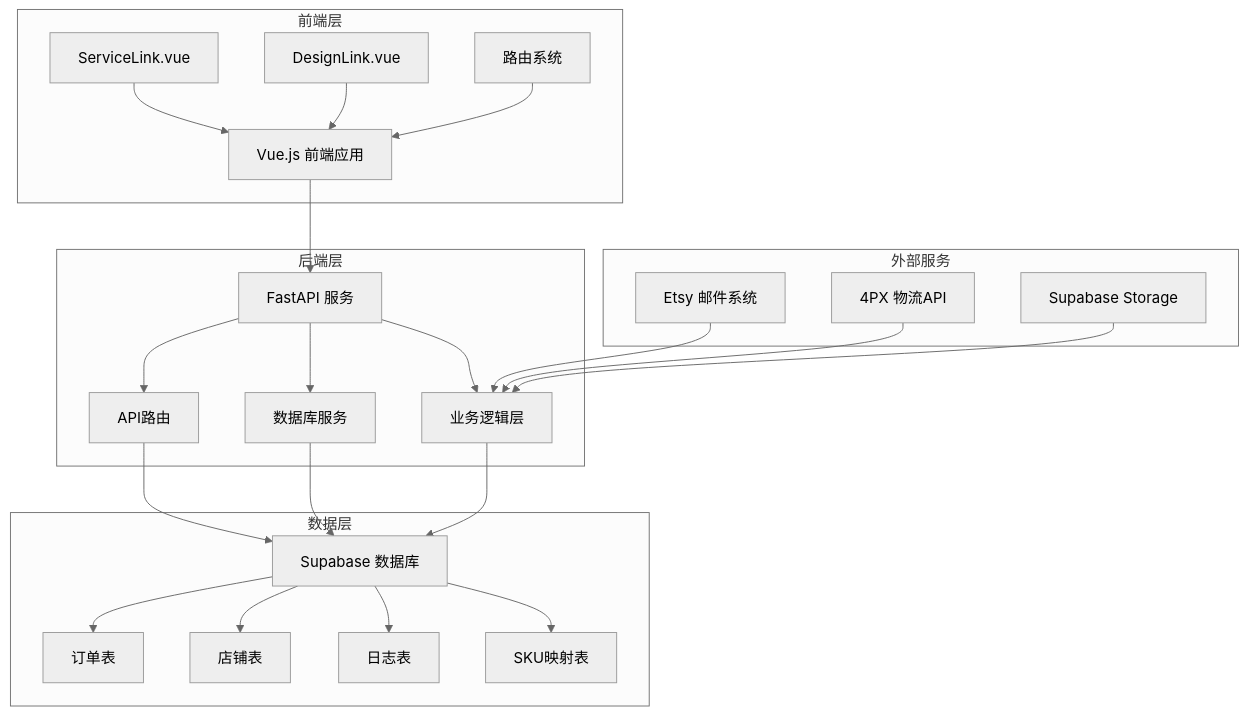
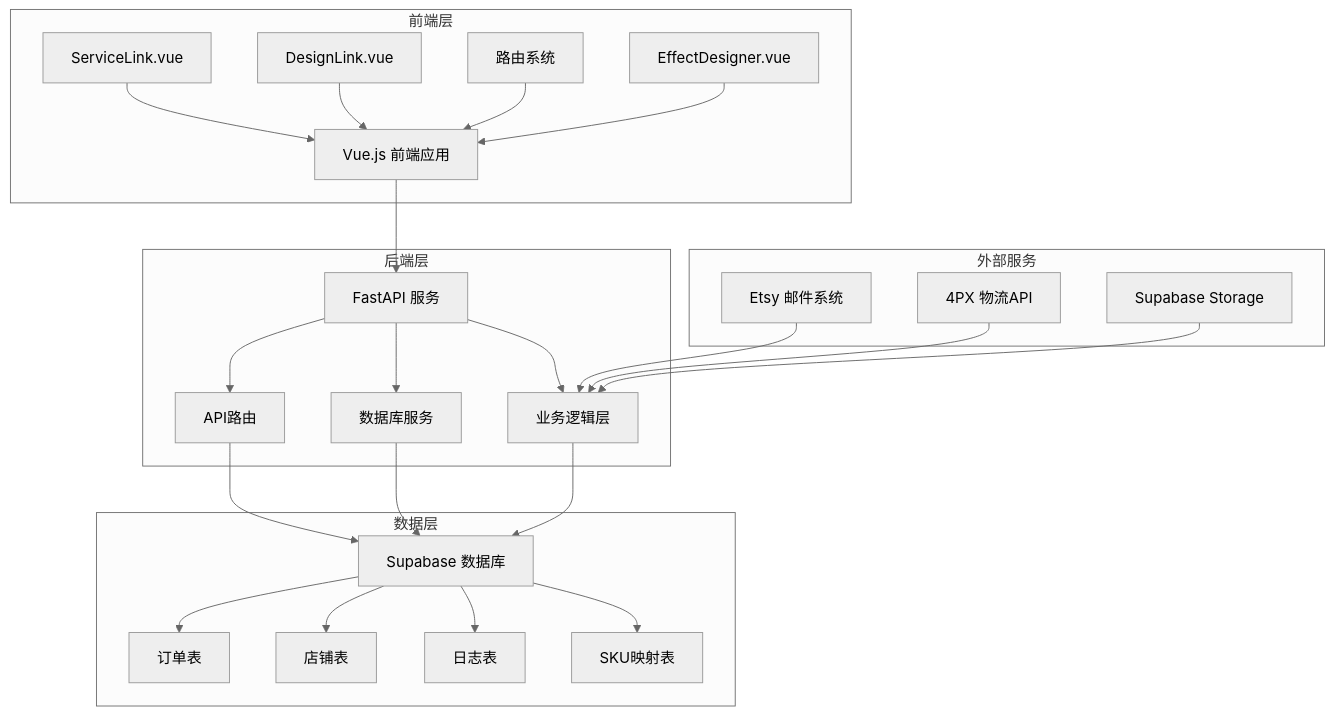
One commit to SY6621/POD-Order-Management changed the first of 12 diagrams in .qoder/repowiki/zh/content/开发指南/客服外链双链接系统.md. Above: the diagram before and after it, drawn with Mermaid (neutral theme). The commit also changed other lines of this file and 11 other files, not shown here.

````diff
--- a/.qoder/repowiki/zh/content/开发指南/客服外链双链接系统.md
+++ b/.qoder/repowiki/zh/content/开发指南/客服外链双链接系统.md
@@ -49,44 +59,46 @@
 ```mermaid
 graph TB
 subgraph "前端层"
 FE1[Vue.js 前端应用]
 FE2[ServiceLink.vue]
 FE3[DesignLink.vue]
 FE4[路由系统]
+FE5[EffectDesigner.vue]
 end
 subgraph "后端层"
 BE1[FastAPI 服务]
 BE2[API路由]
 BE3[数据库服务]
 BE4[业务逻辑层]
 end
 subgraph "数据层"
 DB1[Supabase 数据库]
 DB2[订单表]
 DB3[店铺表]
 DB4[日志表]
 DB5[SKU映射表]
 end
 subgraph "外部服务"
 ES1[Etsy 邮件系统]
 ES2[4PX 物流API]
 ES3[Supabase Storage]
 end
 FE1 --> BE1
 FE2 --> FE1
 FE3 --> FE1
 FE4 --> FE1
+FE5 --> FE1
 BE1 --> BE2
 BE1 --> BE3
 BE1 --> BE4
 BE2 --> DB1
 BE3 --> DB1
 BE4 --> DB1
 DB1 --> DB2
 DB1 --> DB3
 DB1 --> DB4
 DB1 --> DB5
 ES1 --> BE4
 ES2 --> BE4
 ES3 --> BE4
 ```
````
